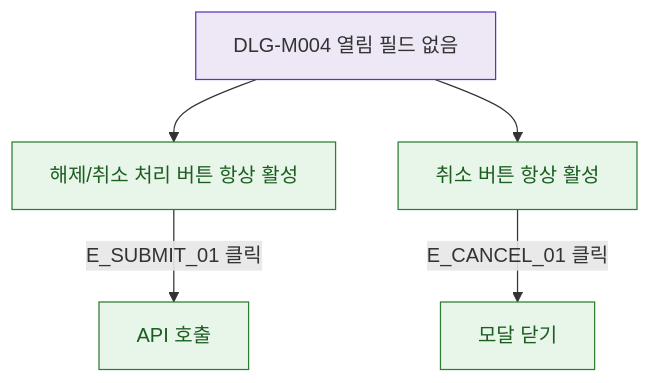
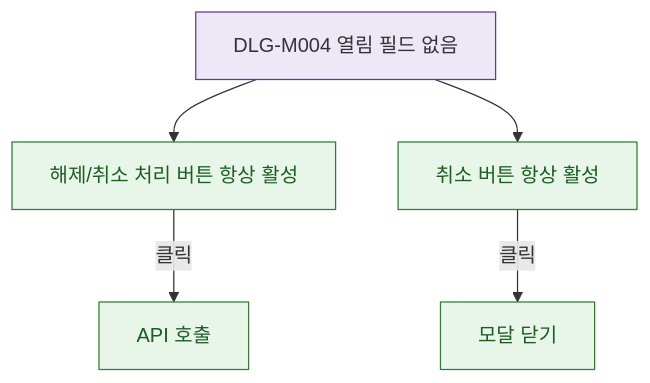
Before and after one commit to dev-spogym/admin-pando: the diagram in docs/다이어그램/D02_회원관리/DLG/DLG-M004_홀딩해제/M2_필드검증.md, drawn with Mermaid. The commit also changed other lines of this file and 1660 other files, not shown here.

First line of the commit message:
다이어그램: 기획자/클라이언트 납품본으로 정리

````diff
--- a/docs/다이어그램/D02_회원관리/DLG/DLG-M004_홀딩해제/M2_필드검증.md
+++ b/docs/다이어그램/D02_회원관리/DLG/DLG-M004_홀딩해제/M2_필드검증.md
@@ -22,16 +20,16 @@
 ```mermaid
 flowchart TD
   DLG[DLG-M004 열림 필드 없음]
 
   DLG --> BTN_CONFIRM[해제/취소 처리 버튼 항상 활성]
   DLG --> BTN_CANCEL[취소 버튼 항상 활성]
 
-  BTN_CONFIRM -->|E_SUBMIT_01 클릭| SUBMIT[API 호출]
-  BTN_CANCEL  -->|E_CANCEL_01 클릭| CLOSE[모달 닫기]
+  BTN_CONFIRM -->|클릭|SUBMIT[API 호출]
+  BTN_CANCEL -->|클릭|CLOSE[모달 닫기]
 
-  classDef system  fill:#EDE7F6,stroke:#5E35B2
+  classDef system fill:#EDE7F6,stroke:#5E35B2
   classDef success fill:#E8F5E9,stroke:#2E7D32,color:#1B5E20
 
   class DLG system
   class BTN_CONFIRM,SUBMIT,BTN_CANCEL,CLOSE success
 ```
````
